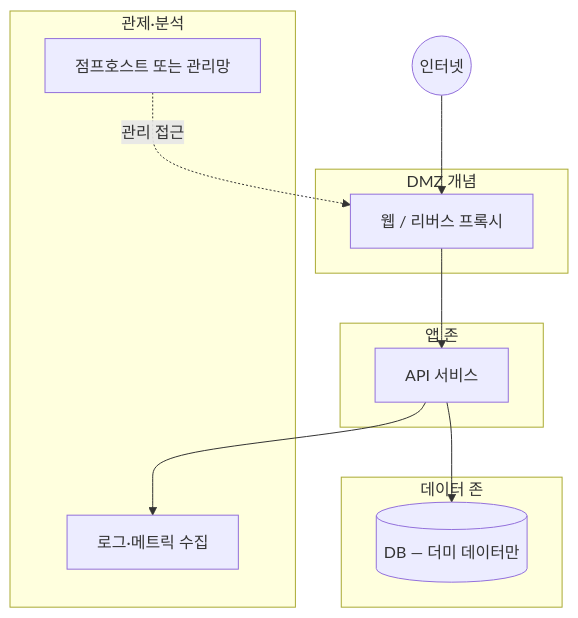
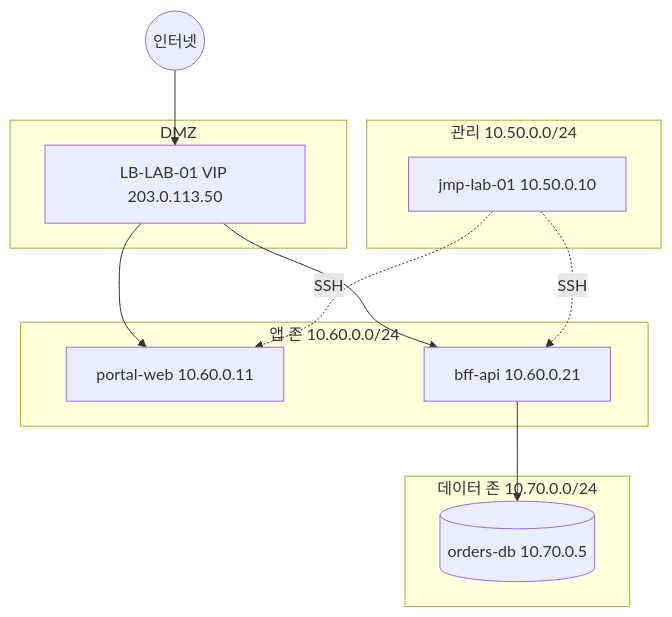
Before and after one commit to yunsunghun/portfolio-01-security-ops: the diagram in docs/05-LAB-VIRTUAL-ENVIRONMENT.md, drawn with Mermaid. The commit also changed other lines of this file and 19 other files, not shown here.

````diff
--- a/docs/05-LAB-VIRTUAL-ENVIRONMENT.md
+++ b/docs/05-LAB-VIRTUAL-ENVIRONMENT.md
@@ -12,21 +12,22 @@
 ```mermaid
 flowchart TB
-  subgraph dmz [DMZ 개념]
-    W[웹 / 리버스 프록시]
+  subgraph dmz [DMZ]
+    LB[LB-LAB-01 VIP 203.0.113.50]
   end
-  subgraph app [앱 존]
-    A[API 서비스]
+  subgraph app [앱 존 10.60.0.0/24]
+    P[portal-web 10.60.0.11]
+    B[bff-api 10.60.0.21]
   end
-  subgraph data [데이터 존]
-    D[(DB — 더미 데이터만)]
+  subgraph data [데이터 존 10.70.0.0/24]
+    D[(orders-db 10.70.0.5)]
   end
-  subgraph ops [관제·분석]
-    M[로그·메트릭 수집]
-    J[점프호스트 또는 관리망]
+  subgraph mgmt [관리 10.50.0.0/24]
+    J[jmp-lab-01 10.50.0.10]
   end
-  Internet((인터넷)) --> W
-  W --> A
-  A --> D
-  A --> M
-  J -.관리 접근.-> W
+  Internet((인터넷)) --> LB
+  LB --> P
+  LB --> B
+  B --> D
+  J -.SSH.-> P
+  J -.SSH.-> B
 ```
````
